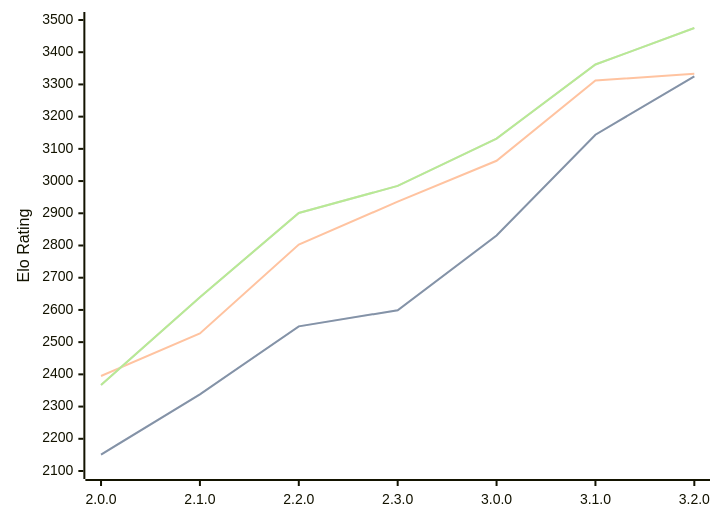
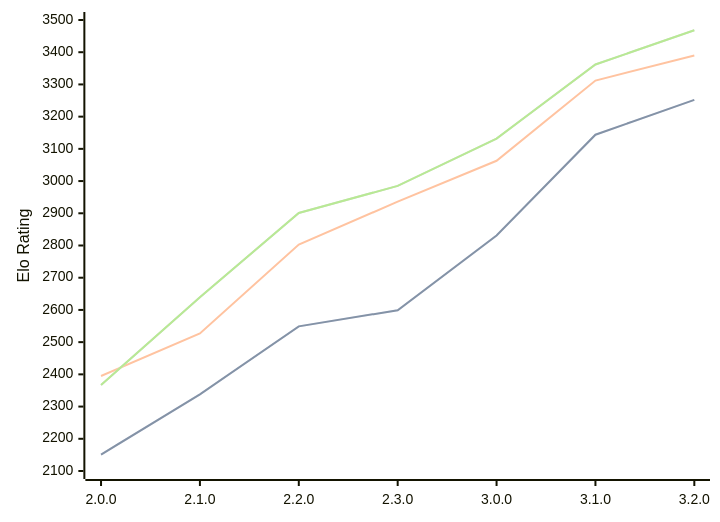
One commit to computer-chess-index/cci changed the diagram in engines/Raphael.md. Above: the diagram before and after it, drawn with Mermaid. The commit also changed other lines of this file, not shown here.

Commit message:
Update CCI Ratings (ELO VLTC) - 2026-03-21

````diff
--- a/engines/Raphael.md
+++ b/engines/Raphael.md
@@ -49,11 +49,11 @@
 ```mermaid
 %%{init: {"theme":"base","themeVariables":{"seriesColors:['#a3a3a3','#222221','#faa371']}}}%%
 xychart-beta
   x-axis ["2.0.0", "2.1.0", "2.2.0", "2.3.0", "3.0.0", "3.1.0", "3.2.0"]
   y-axis "Elo Rating" 2100 --> 3500
-  line "STC (8.0+0.08s)" [2151, 2338, 2549, 2599, 2831, 3144, 3325]
-  line "STC (8.0+0.08s)" [2151, 2338, 2549, 2599, 2831, 3144, 3325]
-  line "LTC (60.0+0.60s)" [2395, 2527, 2803, 2936, 3063, 3312, 3333]
-  line "VLTC (2m24s+1.12s)" [2367, 2639, 2901, 2985, 3132, 3362, 3475]
-  line "VLTC (2m24s+1.12s)" [2367, 2639, 2901, 2985, 3132, 3362, 3475]
+  line "STC (8.0+0.08s)" [2151, 2338, 2549, 2599, 2831, 3144, 3252]
+  line "STC (8.0+0.08s)" [2151, 2338, 2549, 2599, 2831, 3144, 3252]
+  line "LTC (60.0+0.60s)" [2395, 2527, 2803, 2936, 3063, 3312, 3390]
+  line "VLTC (2m24s+1.12s)" [2367, 2639, 2901, 2985, 3132, 3362, 3468]
+  line "VLTC (2m24s+1.12s)" [2367, 2639, 2901, 2985, 3132, 3362, 3468]
 ```
````
